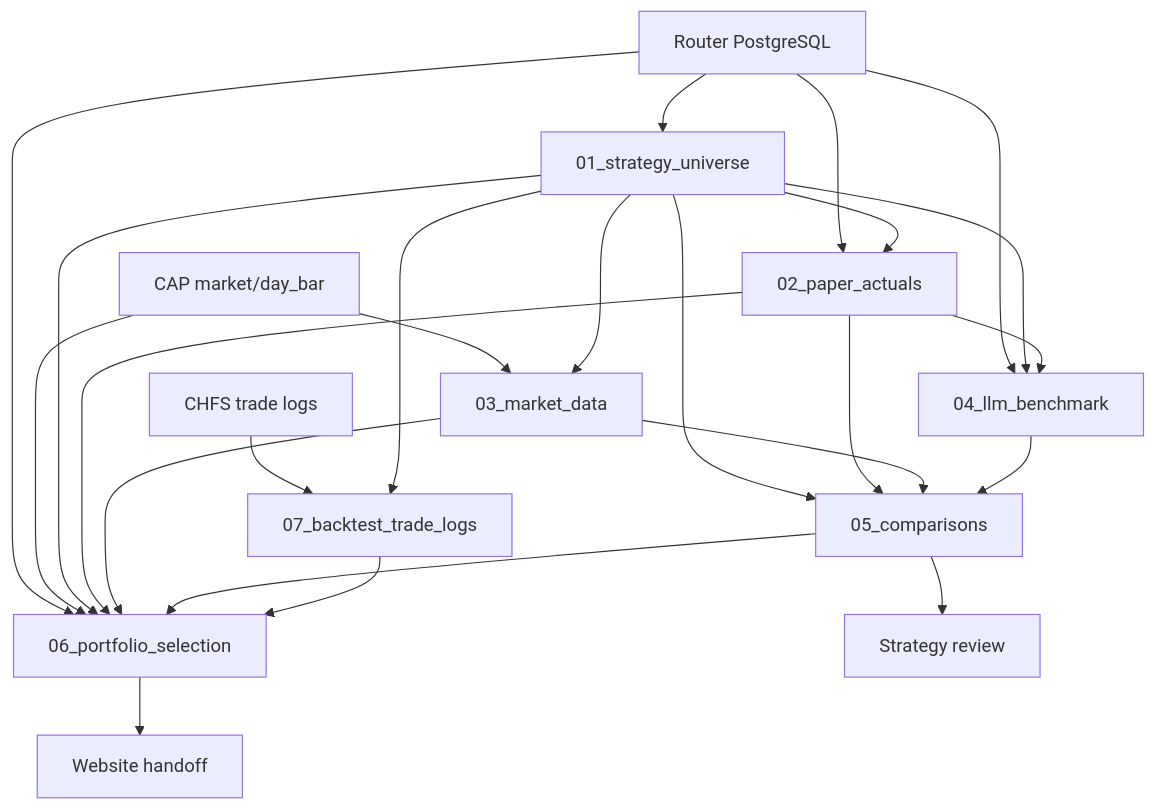
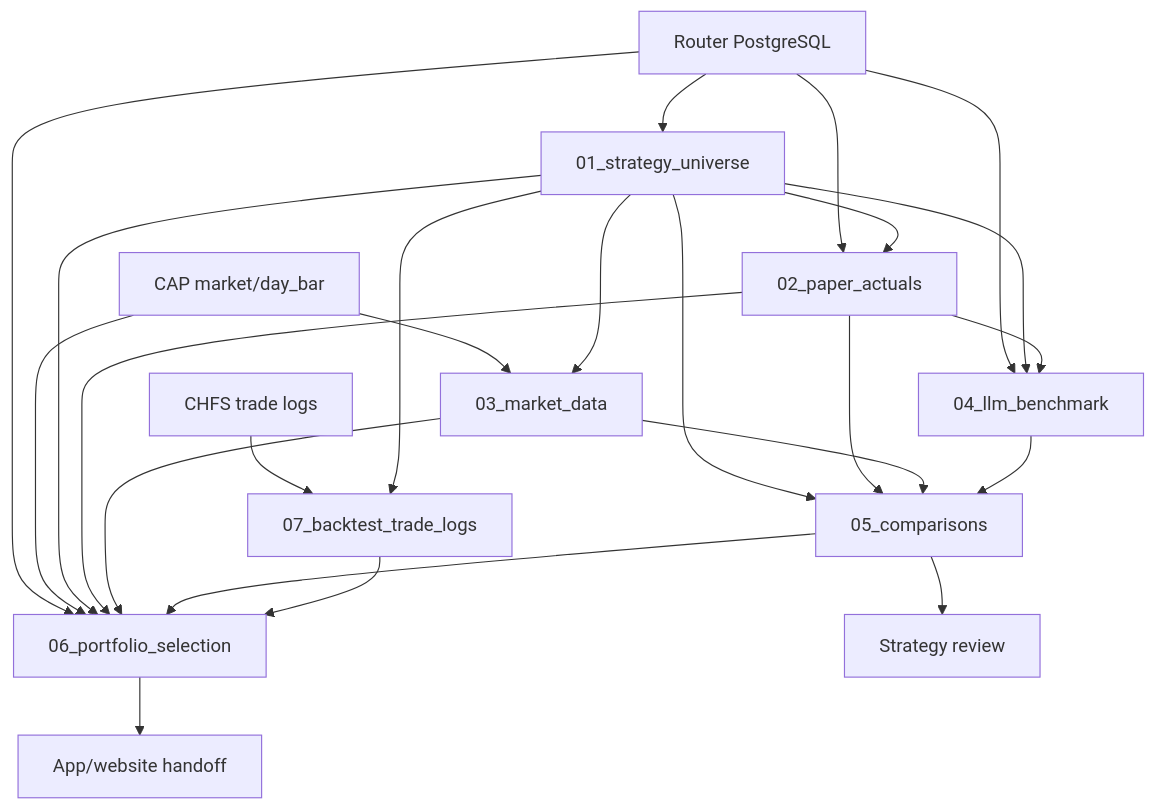
One commit to Abel-ai-lab/abel-strategies-local changed the diagram in architechtrue.md. Above: the diagram before and after it, drawn with Mermaid. The commit also changed other lines of this file and 3 other files, not shown here.

````diff
--- a/architechtrue.md
+++ b/architechtrue.md
@@ -22,30 +22,30 @@
 ```mermaid
 flowchart TD
   Router[Router PostgreSQL] --> M01[01_strategy_universe]
   Router --> M02[02_paper_actuals]
   Router --> M04[04_llm_benchmark]
   Router --> M06[06_portfolio_selection]
 
   CAP[CAP market/day_bar] --> M03[03_market_data]
   CAP --> M06
   CHFS[CHFS trade logs] --> M07[07_backtest_trade_logs]
 
   M01 --> M02
   M01 --> M03
   M01 --> M04
   M01 --> M05[05_comparisons]
   M01 --> M06
   M01 --> M07
 
   M02 --> M04
   M02 --> M05
   M02 --> M06
   M03 --> M05
   M03 --> M06
   M04 --> M05
   M05 --> M06
   M07 --> M06
 
   M05 --> Review[Strategy review]
-  M06 --> Website[Website handoff]
+  M06 --> Handoff[App/website handoff]
 ```
````
